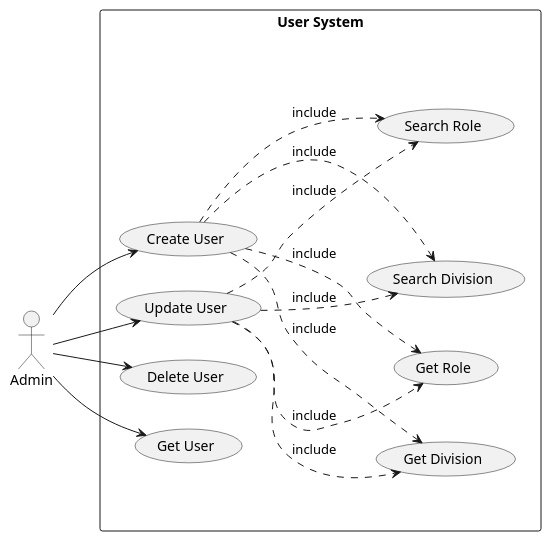
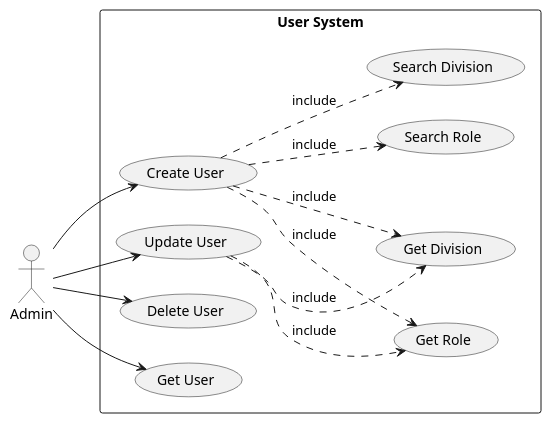
Before and after one commit to fwidjaya20/fazzlearning-uml: the diagram in UseCase/Release01/UserSubSystem.wsd, drawn with PlantUML.

Commit message:
fix(usecase): remove unused usecase on User System R1

```diff
--- a/UseCase/Release01/UserSubSystem.wsd
+++ b/UseCase/Release01/UserSubSystem.wsd
@@ -1,28 +1,26 @@
 @startuml UserSubSystem
 
 left to right direction
 
 skinparam Monochrome true
 skinparam Shadowing false
 skinparam packageStyle rectangle
 
 actor Admin
 
 rectangle "User System" {
     Admin --> (Create User)
     Admin --> (Update User)
     Admin --> (Delete User)
     Admin --> (Get User)
 
     (Create User) ..> (Get Role) : include
     (Create User) ..> (Get Division) : include
     (Create User) ..> (Search Role) : include
     (Create User) ..> (Search Division) : include
 
     (Update User) ..> (Get Role) : include
     (Update User) ..> (Get Division) : include
-    (Update User) ..> (Search Role) : include
-    (Update User) ..> (Search Division) : include
 }
 
 @enduml
```
